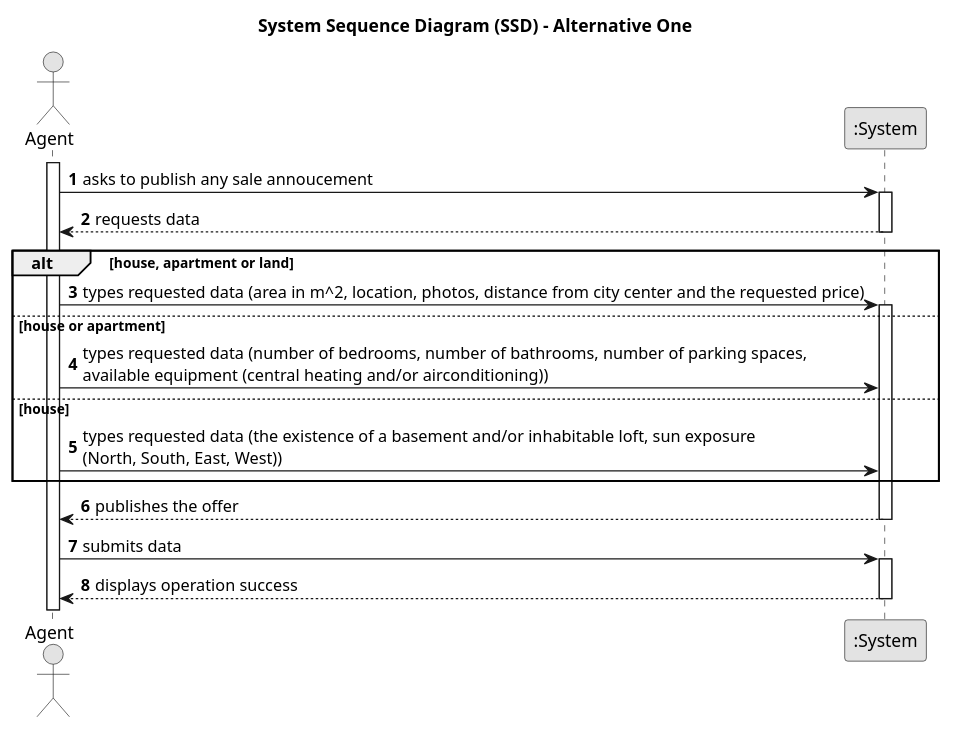
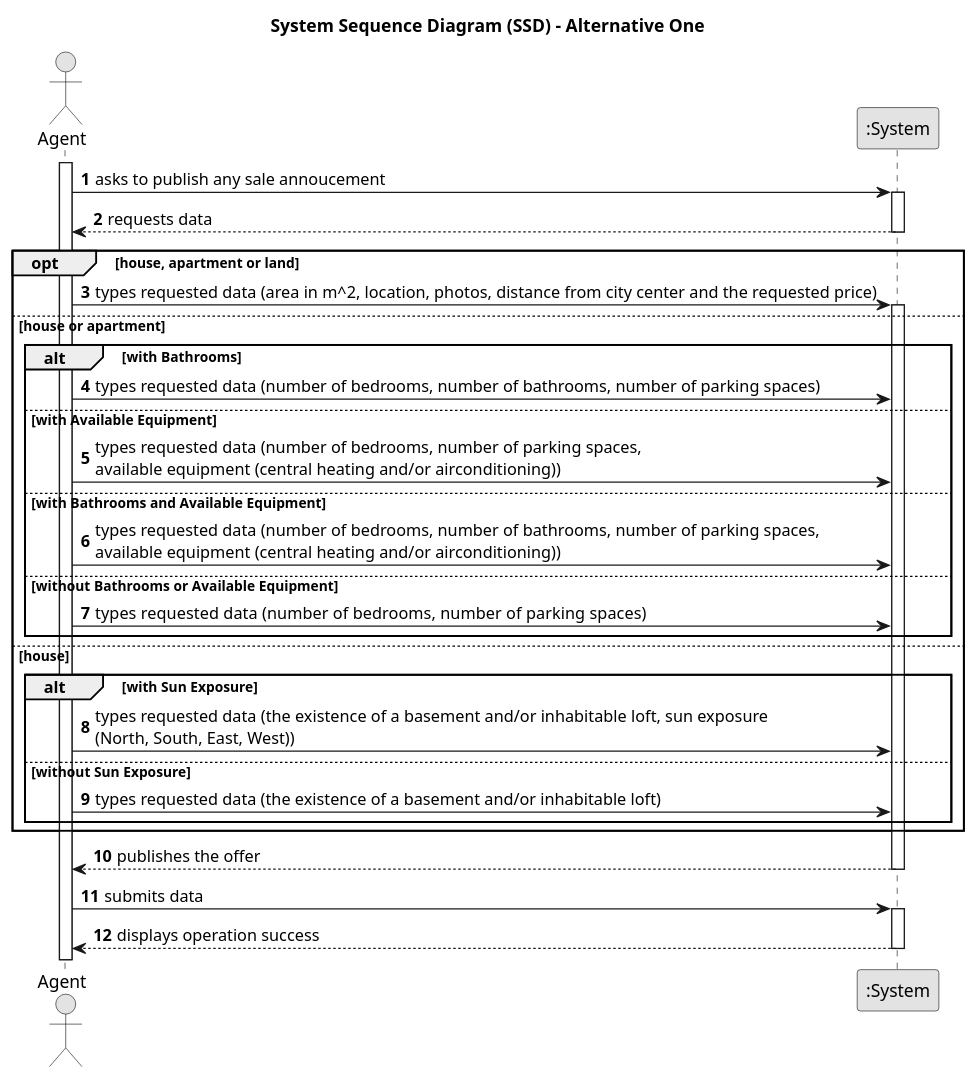
One commit to PureNimble/ISEP-LAPR2 changed the diagram in docs/sprintA/US02/01.requirements-engineering/puml/us02-system-sequence-diagram.puml. Above: the diagram before and after it, drawn with PlantUML.

Commit message:
us02-system-sequence-diagram correction

```diff
--- a/docs/sprintA/US02/01.requirements-engineering/puml/us02-system-sequence-diagram.puml
+++ b/docs/sprintA/US02/01.requirements-engineering/puml/us02-system-sequence-diagram.puml
@@ -1,47 +1,78 @@
 @startuml
 skinparam monochrome true
 skinparam packageStyle rectangle
 skinparam shadowing false
 
 title System Sequence Diagram (SSD) - Alternative One
 
 autonumber
 
 actor "Agent" as Agent
 participant ":System" as System
 
 activate Agent
 
     Agent -> System : asks to publish any sale annoucement
     activate System
 
         System --> Agent : requests data
     deactivate System
 
-    alt house, apartment or land
+    opt house, apartment or land
 
-    Agent -> System : types requested data (area in m^2, location, photos, distance from city center and the requested price)
+        Agent -> System : types requested data (area in m^2, location, photos, distance from city center and the requested price)
 
-    activate System
+        activate System
 
-    else house or apartment
+        else house or apartment
 
-    Agent -> System : types requested data (number of bedrooms, number of bathrooms, number of parking spaces, \navailable equipment (central heating and/or airconditioning))
+            alt with Bathrooms
 
-    else house
+                Agent -> System : types requested data (number of bedrooms, number of bathrooms, number of parking spaces)
 
-    Agent -> System : types requested data (the existence of a basement and/or inhabitable loft, sun exposure \n(North, South, East, West))
 
-    end
+             else with Available Equipment
+
+                Agent -> System : types requested data (number of bedrooms, number of parking spaces, \navailable equipment (central heating and/or airconditioning))
+
+
+             else with Bathrooms and Available Equipment
+
+                Agent -> System : types requested data (number of bedrooms, number of bathrooms, number of parking spaces, \navailable equipment (central heating and/or airconditioning))
+
+
+             else without Bathrooms or Available Equipment
+
+                 Agent -> System : types requested data (number of bedrooms,  number of parking spaces)
+
+            end
+
+
+        else house
+
+            alt with Sun Exposure
+
+                Agent -> System : types requested data (the existence of a basement and/or inhabitable loft, sun exposure \n(North, South, East, West))
+
+
+            else without Sun Exposure
+
+                Agent -> System : types requested data (the existence of a basement and/or inhabitable loft)
+
+
+             end
+
+     end
+
 
     System --> Agent : publishes the offer
     deactivate System
 
     Agent -> System : submits data
     activate System
 
     System --> Agent : displays operation success
     deactivate System
 
 
 @enduml
```
